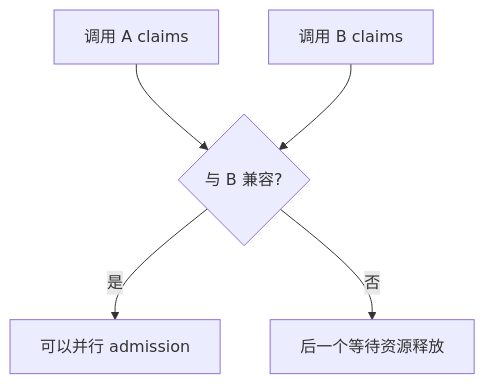
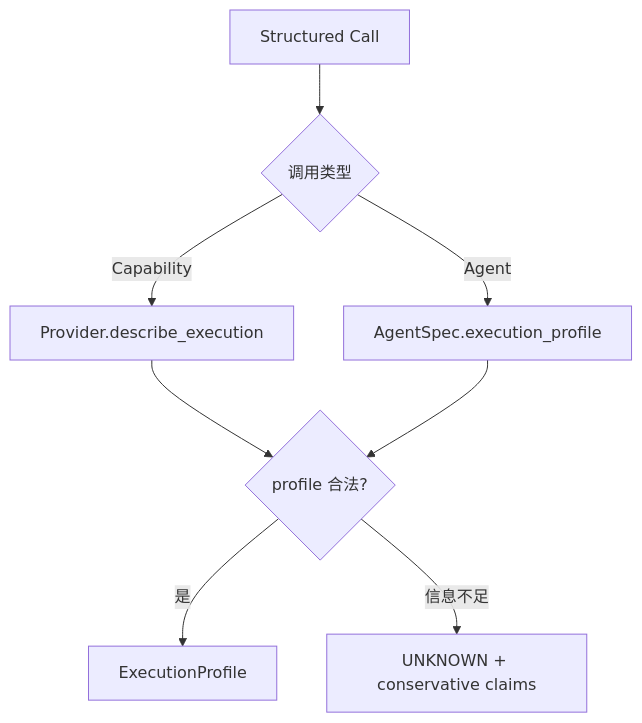
One commit to Arthur999459up/GitAgent changed the second of 13 diagrams in docs/06-execution-and-concurrency.md. Above: the diagram before and after it, drawn with Mermaid. The commit also changed other lines of this file and 3 other files, not shown here.

````diff
--- a/docs/06-execution-and-concurrency.md
+++ b/docs/06-execution-and-concurrency.md
@@ -59,7 +94,10 @@
 ```mermaid
 flowchart TD
-    A[调用 A claims] --> C{与 B 兼容?}
-    B[调用 B claims] --> C
-    C -->|是| P[可以并行 admission]
-    C -->|否| W[后一个等待资源释放]
+    C[Structured Call] --> T{调用类型}
+    T -->|Capability| P[Provider.describe_execution]
+    T -->|Agent| A[AgentSpec.execution_profile]
+    P --> V{profile 合法?}
+    A --> V
+    V -->|是| E[ExecutionProfile]
+    V -->|信息不足| U[UNKNOWN + conservative claims]
 ```
````
